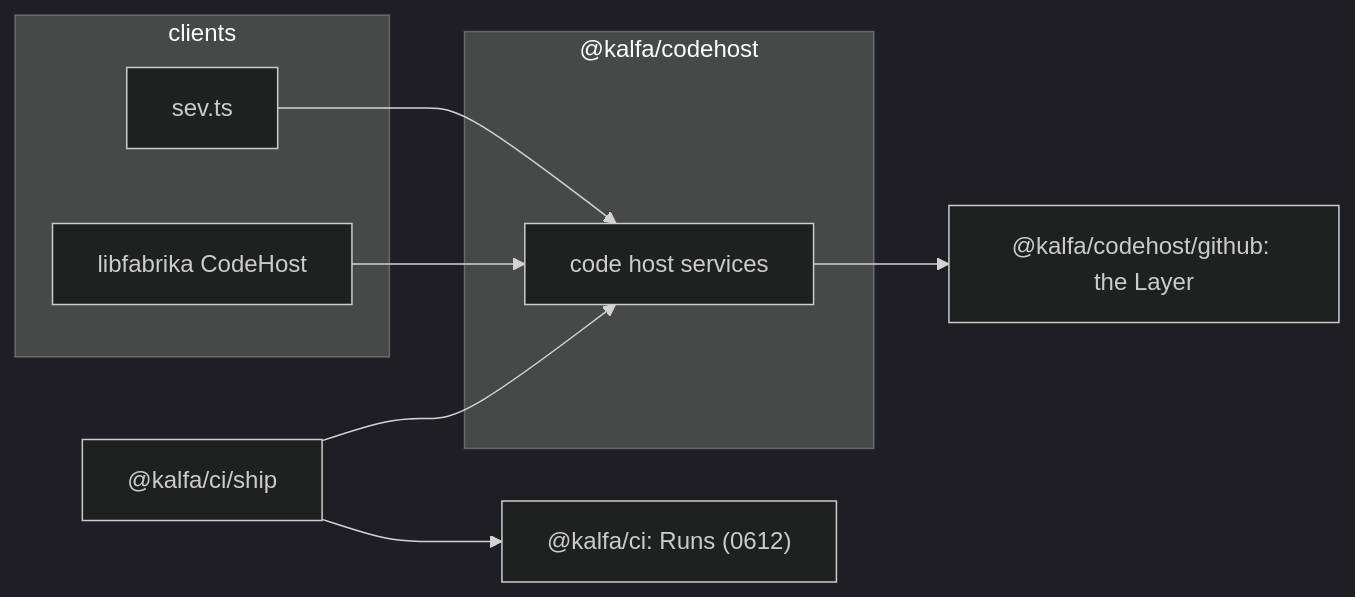
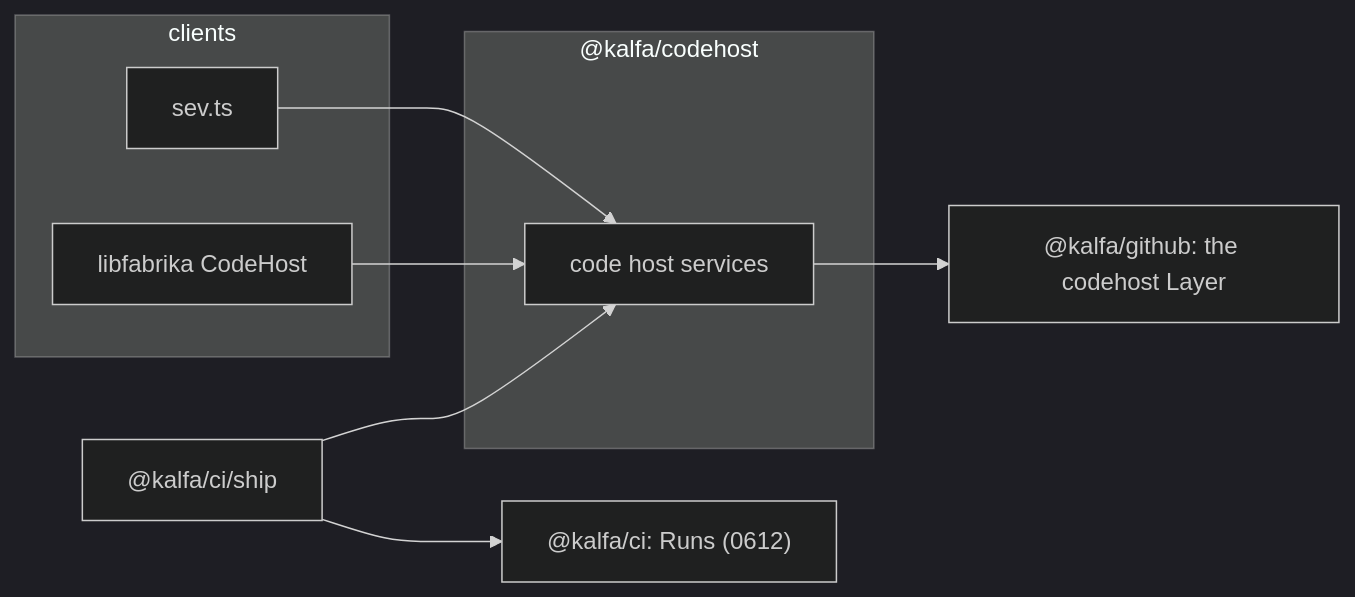
The diagram in .decisions/0614-kalfa-codehost-holds-the-code-host-protocol-once.md (kamp-us/tea-fabrika), drawn with Mermaid (dark theme) before and after one commit. The commit also changed other lines of this file and 4 other files, not shown here.

First line of the commit message:
A protocol package holds interfaces only and each provider is one package of Layers, with @kalfa/chat and @kalfa/github named (decision 0616)

````diff
--- a/.decisions/0614-kalfa-codehost-holds-the-code-host-protocol-once.md
+++ b/.decisions/0614-kalfa-codehost-holds-the-code-host-protocol-once.md
@@ -11,18 +11,18 @@
 ```mermaid
 flowchart LR
   subgraph clients["clients"]
     sev["sev.ts"]
     lib["libfabrika CodeHost"]
   end
   ship["@kalfa/ci/ship"]
   subgraph codehost["@kalfa/codehost"]
     services["code host services"]
   end
-  gh["@kalfa/codehost/github: the Layer"]
+  gh["@kalfa/github: the codehost Layer"]
   runs["@kalfa/ci: Runs (0612)"]
   ship --> services
   sev --> services
   lib --> services
   services --> gh
   ship --> runs
 ```
````
